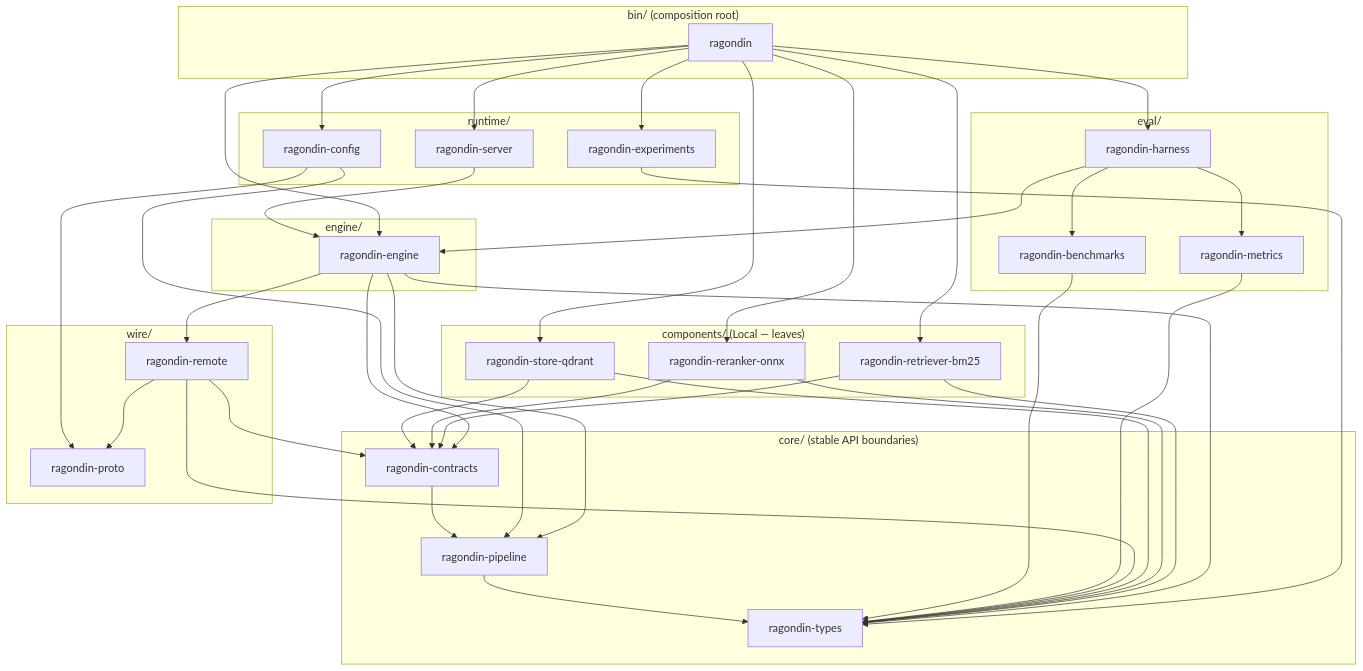
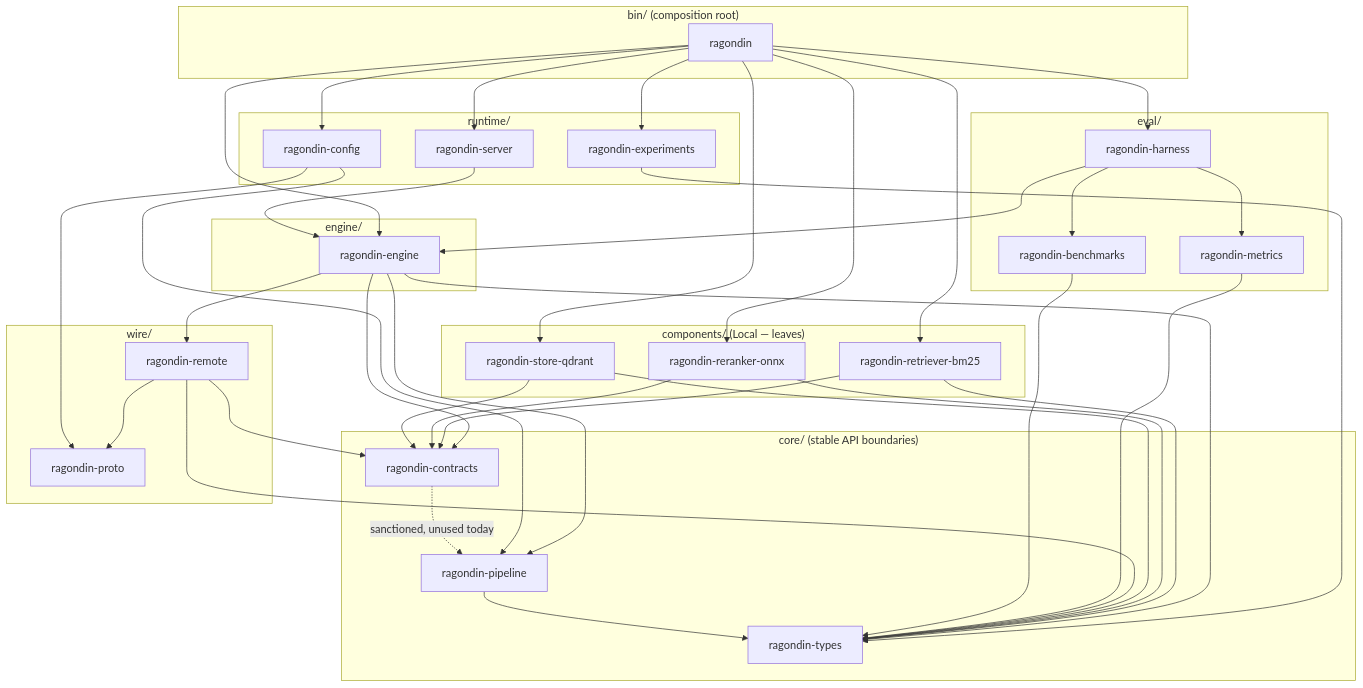
The first of 3 diagrams in docs/code-architecture.md (genesary/Ragondin), drawn with Mermaid before and after one commit. The commit also changed other lines of this file and 3 other files, not shown here.

````diff
--- a/docs/code-architecture.md
+++ b/docs/code-architecture.md
@@ -178,47 +178,47 @@
 ```mermaid
 flowchart TB
   subgraph BIN["bin/ (composition root)"]
     RAG[ragondin]
   end
   subgraph RUNTIME["runtime/"]
     SRV[ragondin-server]
     EXP[ragondin-experiments]
     CFG[ragondin-config]
   end
   subgraph EVAL["eval/"]
     HAR[ragondin-harness]
     MET[ragondin-metrics]
     BEN[ragondin-benchmarks]
   end
   subgraph ENGINE["engine/"]
     ENG[ragondin-engine]
   end
   subgraph COMP["components/ (Local — leaves)"]
     C1[ragondin-retriever-bm25]
     C2[ragondin-reranker-onnx]
     C3[ragondin-store-qdrant]
   end
   subgraph WIRE["wire/"]
     PRO[ragondin-proto]
     REM[ragondin-remote]
   end
   subgraph CORE["core/ (stable API boundaries)"]
     CON[ragondin-contracts]
     PIP[ragondin-pipeline]
     TYP[ragondin-types]
   end
 
   RAG --> SRV & HAR & EXP & CFG & ENG
   RAG --> C1 & C2 & C3
   SRV --> ENG
   HAR --> ENG & MET & BEN
   EXP --> TYP
   ENG --> CON & PIP & TYP & REM
   C1 & C2 & C3 --> CON & TYP
   REM --> CON & TYP & PRO
   MET --> TYP
   BEN --> TYP
   CFG --> PIP & PRO
-  CON --> PIP
+  CON -.->|"sanctioned, unused today"| PIP
   PIP --> TYP
 ```
````
